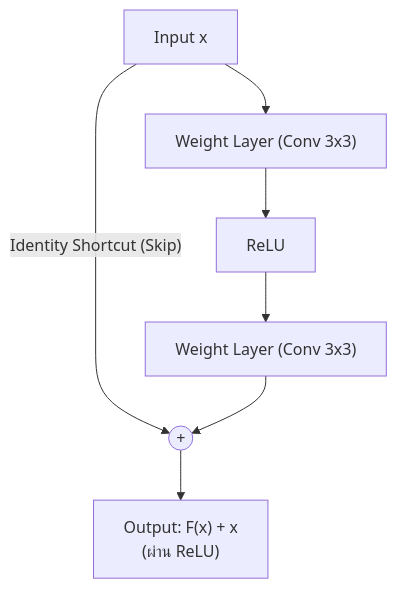
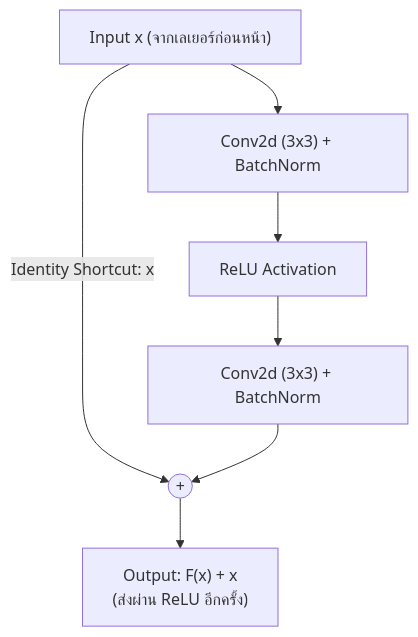
One commit to dewdew978/deep-cnn-work changed the second of 2 diagrams in presentation_summary.md. Above: the diagram before and after it, drawn with Mermaid. The commit also changed other lines of this file, not shown here.

````diff
--- a/presentation_summary.md
+++ b/presentation_summary.md
@@ -113,9 +188,9 @@
 ```mermaid
 flowchart TD
-    X["Input x"] --> C1["Weight Layer (Conv 3x3)"]
-    C1 --> R1["ReLU"]
-    R1 --> C2["Weight Layer (Conv 3x3)"]
-    X ---->|"Identity Shortcut (Skip)"| ADD(("+"))
+    X["Input x (จากเลเยอร์ก่อนหน้า)"] --> C1["Conv2d (3x3) + BatchNorm"]
+    C1 --> R1["ReLU Activation"]
+    R1 --> C2["Conv2d (3x3) + BatchNorm"]
+    X ---->|"Identity Shortcut: x"| ADD(("+"))
     C2 --> ADD
-    ADD --> OUT["Output: F(x) + x\n(ผ่าน ReLU)"]
+    ADD --> OUT["Output: F(x) + x\n(ส่งผ่าน ReLU อีกครั้ง)"]
 ```
````
